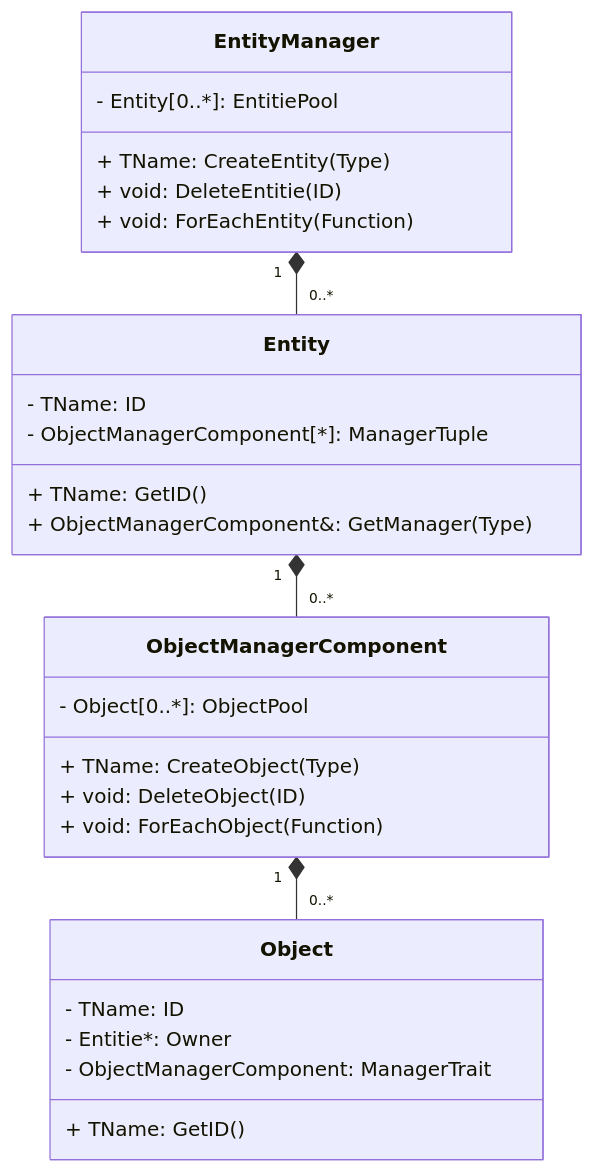
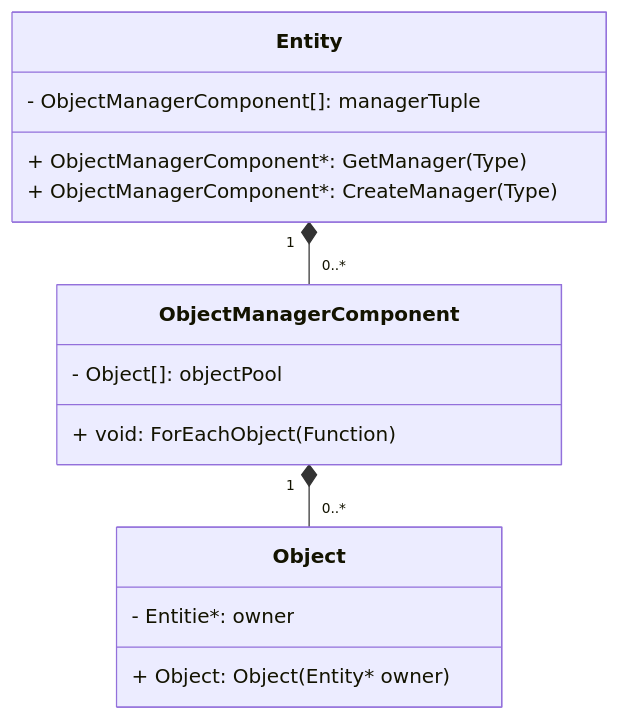
One commit to FoxLightning/btest changed the second of 3 diagrams in Documentation/Architecture.md. Above: the diagram before and after it, drawn with Mermaid. The commit also changed other lines of this file, not shown here.

Commit message:
Architecture update

````diff
--- a/Documentation/Architecture.md
+++ b/Documentation/Architecture.md
@@ -55,36 +55,23 @@
 ```mermaid
 classDiagram
 %% Class definitions
-    class EntityManager {
-        - Entity[0..*]: EntitiePool
-        + TName: CreateEntity(Type)
-        + void: DeleteEntitie(ID)
-        + void: ForEachEntity(Function)
-    }
-
     class Entity {
-        - TName: ID
-        - ObjectManagerComponent[*]: ManagerTuple
-        + TName: GetID()
-        + ObjectManagerComponent&: GetManager(Type)
+        - ObjectManagerComponent[]: managerTuple
+        + ObjectManagerComponent*: GetManager(Type)
+        + ObjectManagerComponent*: CreateManager(Type)
     }
 
     class ObjectManagerComponent {
-        - Object[0..*]: ObjectPool
-        + TName: CreateObject(Type)
-        + void: DeleteObject(ID)
+        - Object[]: objectPool
         + void: ForEachObject(Function)
     }
 
     class Object {
-        - TName: ID
-        - Entitie*: Owner
-        - ObjectManagerComponent: ManagerTrait
-        + TName: GetID()
+        - Entitie*: owner
+        + Object: Object(Entity* owner)
     }
 
 %% relationships
-    EntityManager "1" *-- "0..*" Entity
     Entity "1" *-- "0..*" ObjectManagerComponent
     ObjectManagerComponent "1" *-- "0..*" Object
 ```
````
